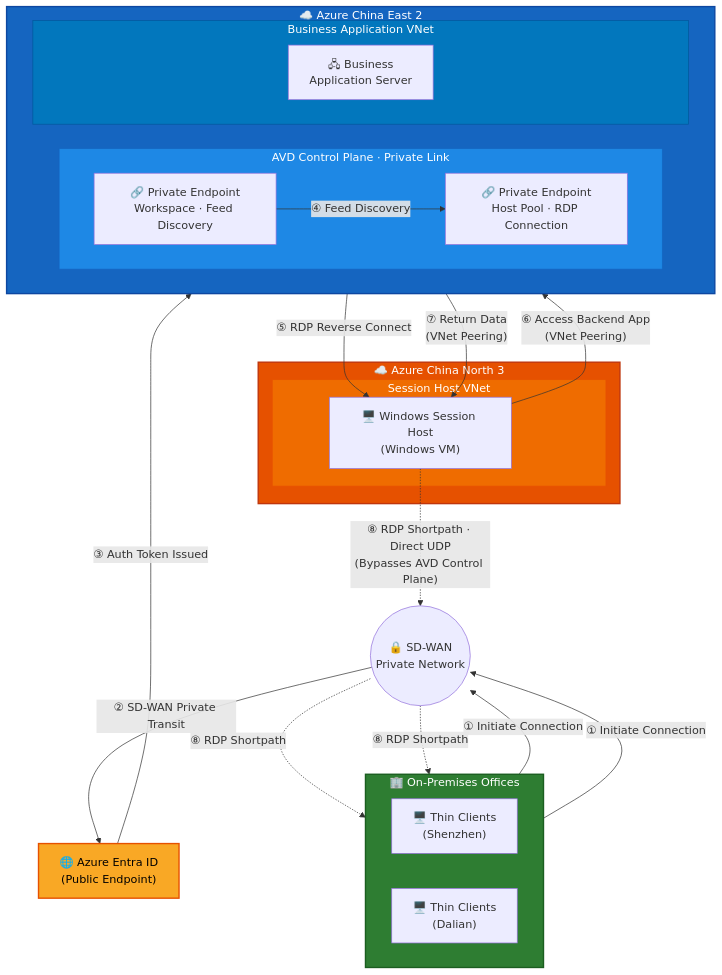
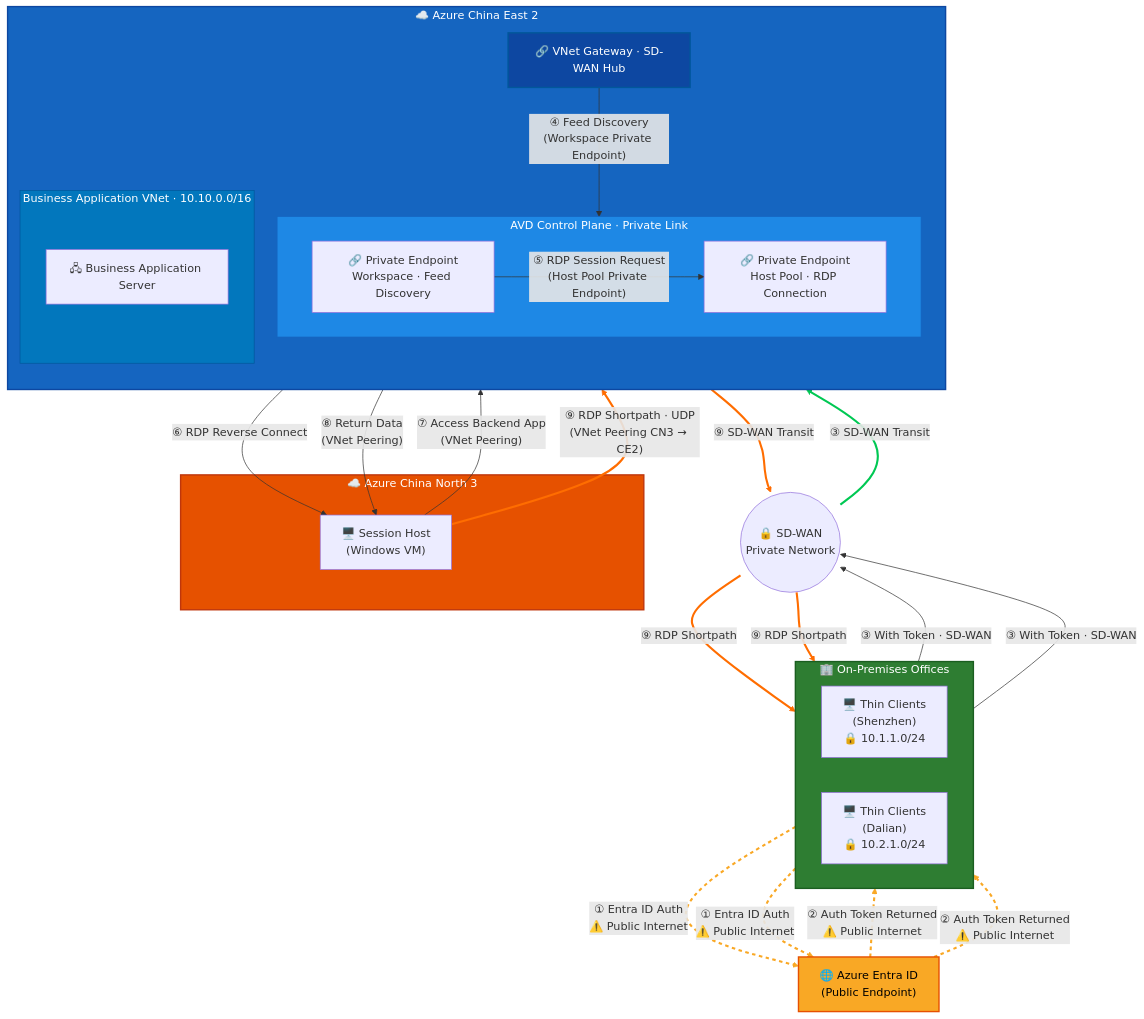
The diagram in README.md (teo-ma/remote-access-solutions), drawn with Mermaid before and after one commit. The commit also changed other lines of this file and 4 other files, not shown here.

First line of the commit message:
fix: correct Entra ID auth flow - direct public internet, not via SD-WAN/VNet Gateway

````diff
--- a/README.md
+++ b/README.md
@@ -9,50 +9,64 @@
 ```mermaid
 flowchart TB
     subgraph OnPrem["🏢 On-Premises Offices"]
         direction LR
-        SZ["🖥️ Thin Clients<br/>(Shenzhen)"]
-        DL["🖥️ Thin Clients<br/>(Dalian)"]
+        SZ["🖥️ Thin Clients<br/>(Shenzhen)<br/>🔒 10.1.1.0/24"]
+        DL["🖥️ Thin Clients<br/>(Dalian)<br/>🔒 10.2.1.0/24"]
     end
 
     SDWAN(("🔒 SD-WAN<br/>Private Network"))
 
     subgraph AzureCE2["☁️ Azure China East 2"]
-        direction LR
+        direction TB
+        GW["🔗 VNet Gateway · SD-WAN Hub"]
         subgraph AVD_CP["AVD Control Plane · Private Link"]
             direction LR
             PE_WS["🔗 Private Endpoint<br/>Workspace · Feed Discovery"]
             PE_HP["🔗 Private Endpoint<br/>Host Pool · RDP Connection"]
         end
-        subgraph BizVNet["Business Application VNet"]
-            APP["🖧 Business<br/>Application Server"]
+        subgraph BizVNet["Business Application VNet · 10.10.0.0/16"]
+            APP["🖧 Business Application Server"]
         end
     end
 
     subgraph AzureCN3["☁️ Azure China North 3"]
-        subgraph SHVNet["Session Host VNet"]
-            SH["🖥️ Windows Session Host<br/>(Windows VM)"]
-        end
+        SH["🖥️ Session Host<br/>(Windows VM)"]
     end
 
     EntraID["🌐 Azure Entra ID<br/>(Public Endpoint)"]
 
-    SZ -- "① Initiate Connection" --> SDWAN
-    DL -- "① Initiate Connection" --> SDWAN
-    SDWAN -- "② SD-WAN Private Transit" --> EntraID
-    EntraID -- "③ Auth Token Issued" --> PE_WS
-    PE_WS -- "④ Feed Discovery" --> PE_HP
-    PE_HP -- "⑤ RDP Reverse Connect" --> SH
-    SH -- "⑥ Access Backend App<br/>(VNet Peering)" --> APP
-    APP -- "⑦ Return Data<br/>(VNet Peering)" --> SH
-    SH -. "⑧ RDP Shortpath · Direct UDP<br/>(Bypasses AVD Control Plane)" .-> SDWAN
-    SDWAN -. "⑧ RDP Shortpath" .-> SZ
-    SDWAN -. "⑧ RDP Shortpath" .-> DL
+    SZ -- "① Entra ID Auth<br/>⚠️ Public Internet" --> EntraID
+    DL -- "① Entra ID Auth<br/>⚠️ Public Internet" --> EntraID
+    EntraID -- "② Auth Token Returned<br/>⚠️ Public Internet" --> SZ
+    EntraID -- "② Auth Token Returned<br/>⚠️ Public Internet" --> DL
+    SZ -- "③ With Token · SD-WAN" --> SDWAN
+    DL -- "③ With Token · SD-WAN" --> SDWAN
+    SDWAN -- "③ SD-WAN Transit" --> GW
+    GW -- "④ Feed Discovery<br/>(Workspace Private Endpoint)" --> PE_WS
+    PE_WS -- "⑤ RDP Session Request<br/>(Host Pool Private Endpoint)" --> PE_HP
+    PE_HP -- "⑥ RDP Reverse Connect" --> SH
+    SH -- "⑦ Access Backend App<br/>(VNet Peering)" --> APP
+    APP -- "⑧ Return Data<br/>(VNet Peering)" --> SH
+    SH -- "⑨ RDP Shortpath · UDP<br/>(VNet Peering CN3 → CE2)" --> GW
+    GW -- "⑨ SD-WAN Transit" --> SDWAN
+    SDWAN -- "⑨ RDP Shortpath" --> SZ
+    SDWAN -- "⑨ RDP Shortpath" --> DL
+
+    linkStyle 0 stroke:#f9a825,stroke-width:3px,stroke-dasharray:5
+    linkStyle 1 stroke:#f9a825,stroke-width:3px,stroke-dasharray:5
+    linkStyle 2 stroke:#f9a825,stroke-width:3px,stroke-dasharray:5
+    linkStyle 3 stroke:#f9a825,stroke-width:3px,stroke-dasharray:5
+    linkStyle 6 stroke:#00c853,stroke-width:3px
+    linkStyle 12 stroke:#ff6d00,stroke-width:3px
+    linkStyle 13 stroke:#ff6d00,stroke-width:3px
+    linkStyle 14 stroke:#ff6d00,stroke-width:3px
+    linkStyle 15 stroke:#ff6d00,stroke-width:3px
 
     style EntraID fill:#f9a825,stroke:#e65100,stroke-width:2px,color:#000
     style OnPrem fill:#2e7d32,stroke:#1b5e20,stroke-width:2px,color:#fff
     style AzureCE2 fill:#1565c0,stroke:#0d47a1,stroke-width:2px,color:#fff
     style AzureCN3 fill:#e65100,stroke:#bf360c,stroke-width:2px,color:#fff
     style AVD_CP fill:#1e88e5,stroke:#1565c0,stroke-width:1px,color:#fff
     style BizVNet fill:#0277bd,stroke:#01579b,stroke-width:1px,color:#fff
-    style SHVNet fill:#ef6c00,stroke:#e65100,stroke-width:1px,color:#fff
+    style GW fill:#0d47a1,stroke:#01579b,stroke-width:2px,color:#fff
 ```
````
